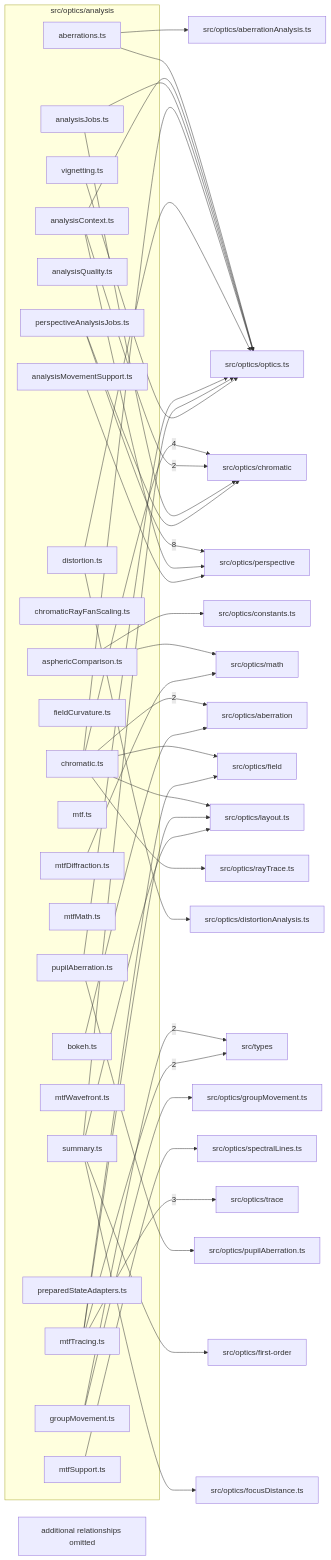
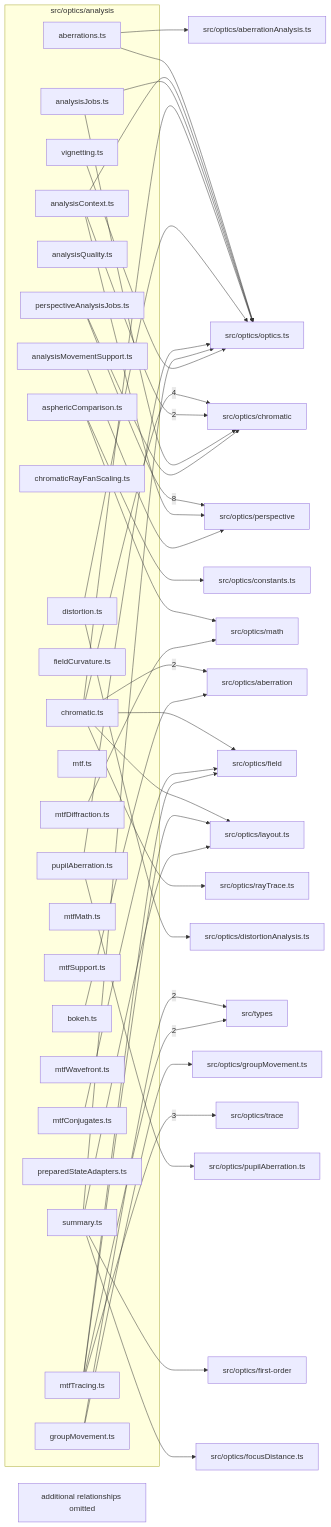
Before and after one commit to ronbuening/LensVisualizer: the diagram in src/optics/analysis/readme.md, drawn with Mermaid. The commit also changed other lines of this file and 32 other files, not shown here.

Commit message:
feat(mtf): support documented finite conjugates

````diff
--- a/src/optics/analysis/readme.md
+++ b/src/optics/analysis/readme.md
@@ -22,6 +22,7 @@
     n_src_optics_analysis_src_optics_analysis_fieldCurvature_ts["fieldCurvature.ts"]
     n_src_optics_analysis_src_optics_analysis_groupMovement_ts["groupMovement.ts"]
     n_src_optics_analysis_src_optics_analysis_mtf_ts["mtf.ts"]
+    n_src_optics_analysis_src_optics_analysis_mtfConjugates_ts["mtfConjugates.ts"]
     n_src_optics_analysis_src_optics_analysis_mtfDiffraction_ts["mtfDiffraction.ts"]
     n_src_optics_analysis_src_optics_analysis_mtfMath_ts["mtfMath.ts"]
     n_src_optics_analysis_src_optics_analysis_mtfSupport_ts["mtfSupport.ts"]
@@ -50,7 +51,6 @@
   n_external_src_optics_optics_ts["src/optics/optics.ts"]
   n_external_src_optics_pupilAberration_ts["src/optics/pupilAberration.ts"]
   n_external_src_optics_rayTrace_ts["src/optics/rayTrace.ts"]
-  n_external_src_optics_spectralLines_ts["src/optics/spectralLines.ts"]
   n_src_optics_analysis_src_optics_analysis_perspectiveAnalysisJobs_ts --> |8| n_external_src_optics_perspective
   n_src_optics_analysis_src_optics_analysis_chromatic_ts --> |4| n_external_src_optics_chromatic
   n_src_optics_analysis_src_optics_analysis_mtfTracing_ts --> |3| n_external_src_optics_trace
@@ -65,6 +65,7 @@
   n_src_optics_analysis_src_optics_analysis_asphericComparison_ts --> n_external_src_optics_constants_ts
   n_src_optics_analysis_src_optics_analysis_distortion_ts --> n_external_src_optics_distortionAnalysis_ts
   n_src_optics_analysis_src_optics_analysis_chromatic_ts --> n_external_src_optics_field
+  n_src_optics_analysis_src_optics_analysis_mtfConjugates_ts --> n_external_src_optics_field
   n_src_optics_analysis_src_optics_analysis_mtfTracing_ts --> n_external_src_optics_field
   n_src_optics_analysis_src_optics_analysis_summary_ts --> n_external_src_optics_first_order
   n_src_optics_analysis_src_optics_analysis_summary_ts --> n_external_src_optics_focusDistance_ts
@@ -86,6 +87,5 @@
   n_src_optics_analysis_src_optics_analysis_analysisMovementSupport_ts --> n_external_src_optics_perspective
   n_src_optics_analysis_src_optics_analysis_pupilAberration_ts --> n_external_src_optics_pupilAberration_ts
   n_src_optics_analysis_src_optics_analysis_chromatic_ts --> n_external_src_optics_rayTrace_ts
-  n_src_optics_analysis_src_optics_analysis_mtfSupport_ts --> n_external_src_optics_spectralLines_ts
   n_src_optics_analysis_truncated["additional relationships omitted"]
 ```
````
